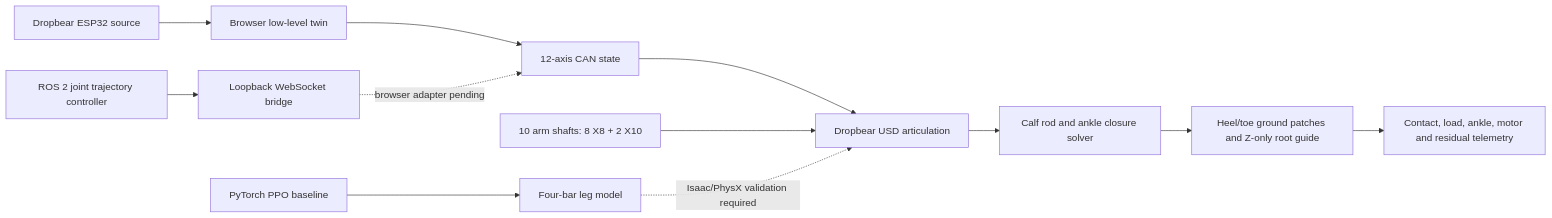
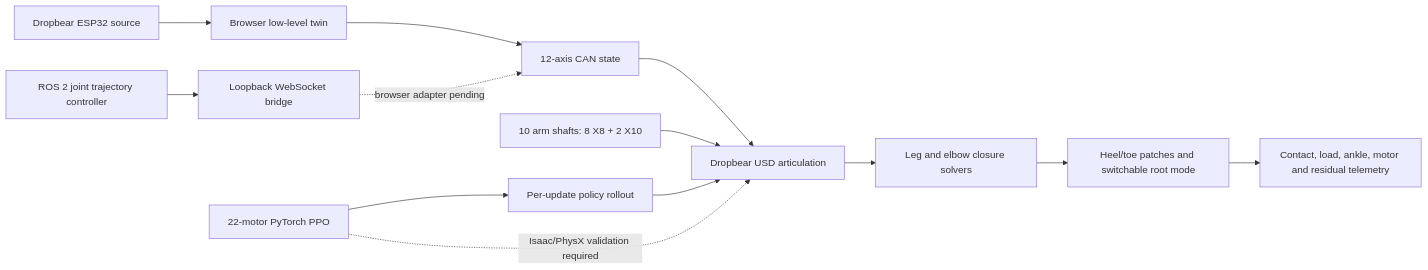
Before and after one commit to robit-man/dropbear_control: the diagram in README.md, drawn with Mermaid. The commit also changed other lines of this file and 25 other files, not shown here.

Commit message:
Add live free-root walking RL and policy validation

````diff
--- a/README.md
+++ b/README.md
@@ -66,16 +71,17 @@
 ```mermaid
 flowchart LR
     FW[Dropbear ESP32 source] --> BT[Browser low-level twin]
     BT --> CAN[12-axis CAN state]
     CAN --> USD[Dropbear USD articulation]
     ARM[10 arm shafts: 8 X8 + 2 X10] --> USD
-    USD --> CLS[Calf rod and ankle closure solver]
-    CLS --> GND[Heel/toe ground patches and Z-only root guide]
+    USD --> CLS[Leg and elbow closure solvers]
+    CLS --> GND[Heel/toe patches and switchable root mode]
     GND --> UI[Contact, load, ankle, motor and residual telemetry]
 
     ROS[ROS 2 joint trajectory controller] --> WS[Loopback WebSocket bridge]
     WS -. browser adapter pending .-> CAN
 
-    PPO[PyTorch PPO baseline] --> FB[Four-bar leg model]
-    FB -. Isaac/PhysX validation required .-> USD
+    PPO[22-motor PyTorch PPO] --> LIVE[Per-update policy rollout]
+    LIVE --> USD
+    PPO -. Isaac/PhysX validation required .-> USD
 ```
````
